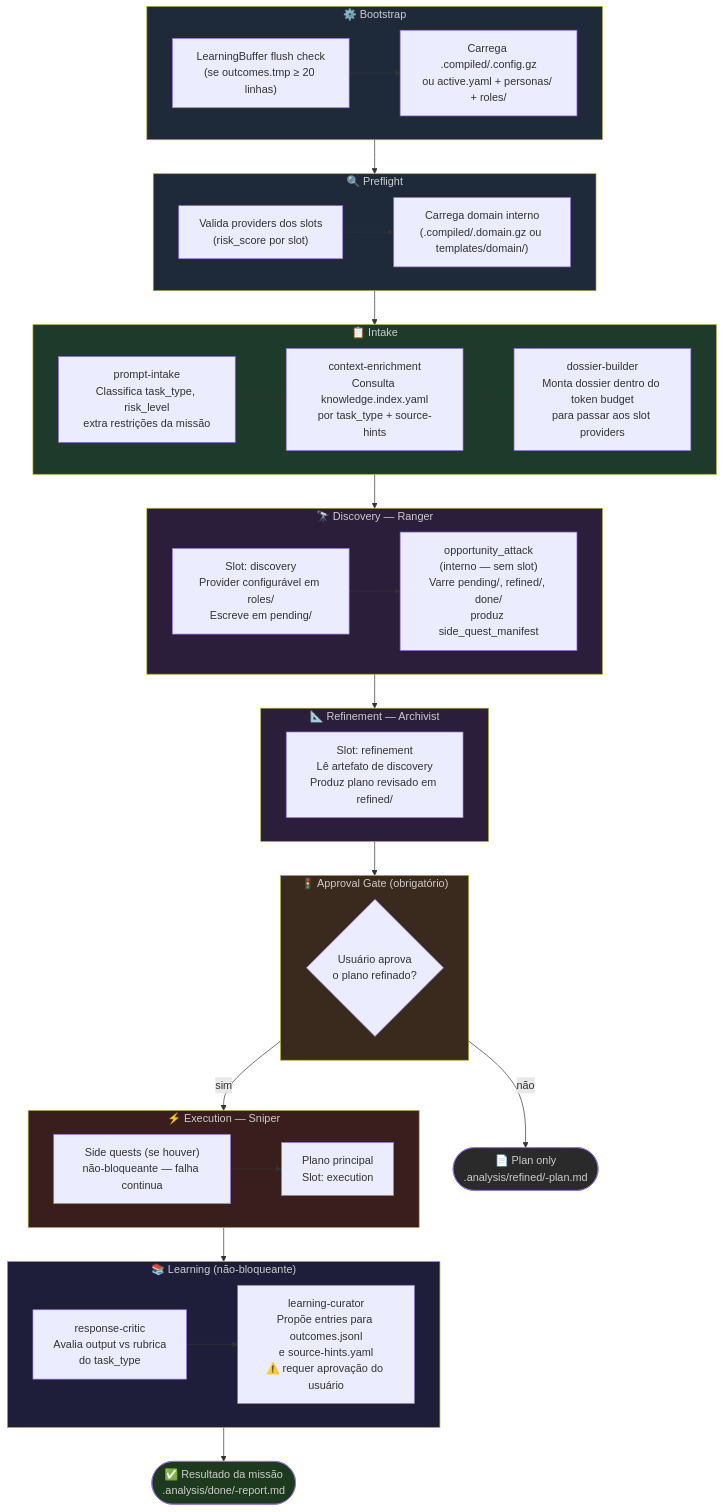
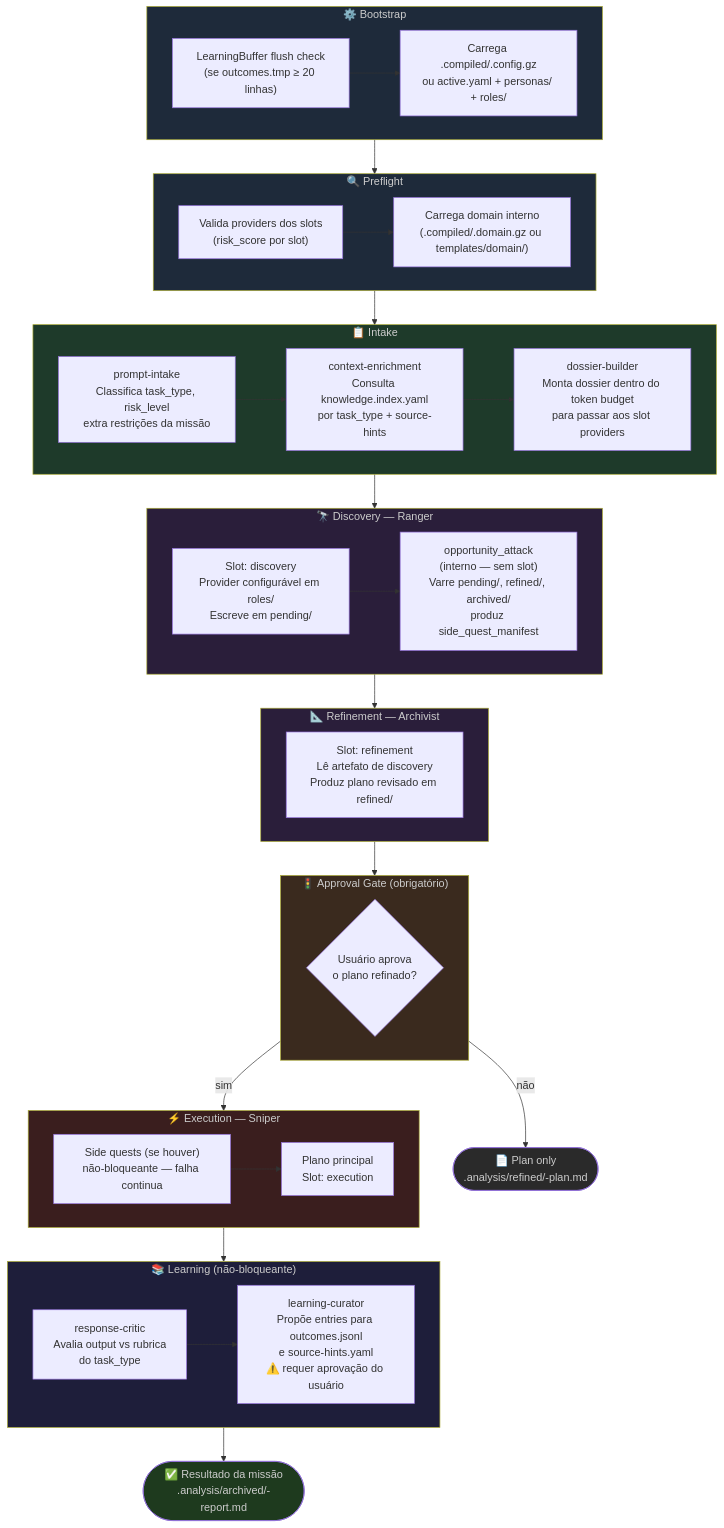
Before and after one commit to SergioLacerda/strategist-skill: the fourth of 4 diagrams in docs/c4-diagrams.md, drawn with Mermaid. The commit also changed other lines of this file and 79 other files, not shown here.

````diff
--- a/docs/c4-diagrams.md
+++ b/docs/c4-diagrams.md
@@ -103,65 +103,65 @@
 ```mermaid
 flowchart TD
     subgraph bootstrap["⚙️ Bootstrap"]
         B1["LearningBuffer flush check\n(se outcomes.tmp ≥ 20 linhas)"]
         B2["Carrega .compiled/.config.gz\nou active.yaml + personas/ + roles/"]
         B1 --> B2
     end
 
     subgraph preflight["🔍 Preflight"]
         P1["Valida providers dos slots\n(risk_score por slot)"]
         P2["Carrega domain interno\n(.compiled/.domain.gz ou templates/domain/)"]
         P1 --> P2
     end
 
     subgraph intake["📋 Intake"]
         I1["prompt-intake\nClassifica task_type, risk_level\nextra restrições da missão"]
         I2["context-enrichment\nConsulta knowledge.index.yaml\npor task_type + source-hints"]
         I3["dossier-builder\nMonta dossier dentro do token budget\npara passar aos slot providers"]
         I1 --> I2 --> I3
     end
 
     subgraph discovery["🔭 Discovery — Ranger"]
         D1["Slot: discovery\nProvider configurável em roles/\nEscreve em pending/"]
-        D2["opportunity_attack\n(interno — sem slot)\nVarre pending/, refined/, done/\nproduz side_quest_manifest"]
+        D2["opportunity_attack\n(interno — sem slot)\nVarre pending/, refined/, archived/\nproduz side_quest_manifest"]
         D1 --> D2
     end
 
     subgraph refinement["📐 Refinement — Archivist"]
         R1["Slot: refinement\nLê artefato de discovery\nProduz plano revisado em refined/"]
     end
 
     subgraph gate["🚦 Approval Gate (obrigatório)"]
         AG{"Usuário aprova\no plano refinado?"}
     end
 
     subgraph execution["⚡ Execution — Sniper"]
         E1["Side quests (se houver)\nnão-bloqueante — falha continua"]
         E2["Plano principal\nSlot: execution"]
         E1 --> E2
     end
 
     subgraph learning["📚 Learning (não-bloqueante)"]
         L1["response-critic\nAvalia output vs rubrica\ndo task_type"]
         L2["learning-curator\nPropõe entries para outcomes.jsonl\ne source-hints.yaml\n⚠️ requer aprovação do usuário"]
         L1 --> L2
     end
 
-    RESULT(["✅ Resultado da missão\n.analysis/done/<id>-report.md"])
+    RESULT(["✅ Resultado da missão\n.analysis/archived/<id>-report.md"])
     PLAN_ONLY(["📄 Plan only\n.analysis/refined/<id>-plan.md"])
 
     bootstrap --> preflight --> intake --> discovery --> refinement --> gate
     gate -- "sim" --> execution --> learning --> RESULT
     gate -- "não" --> PLAN_ONLY
 
     style bootstrap fill:#1e2a3a,color:#ccc
     style preflight fill:#1e2a3a,color:#ccc
     style intake fill:#1e3a2a,color:#ccc
     style discovery fill:#2a1e3a,color:#ccc
     style refinement fill:#2a1e3a,color:#ccc
     style gate fill:#3a2a1e,color:#ccc
     style execution fill:#3a1e1e,color:#ccc
     style learning fill:#1e1e3a,color:#ccc
     style RESULT fill:#1e3a1e,color:#ccc
     style PLAN_ONLY fill:#2a2a2a,color:#ccc
 ```
````
